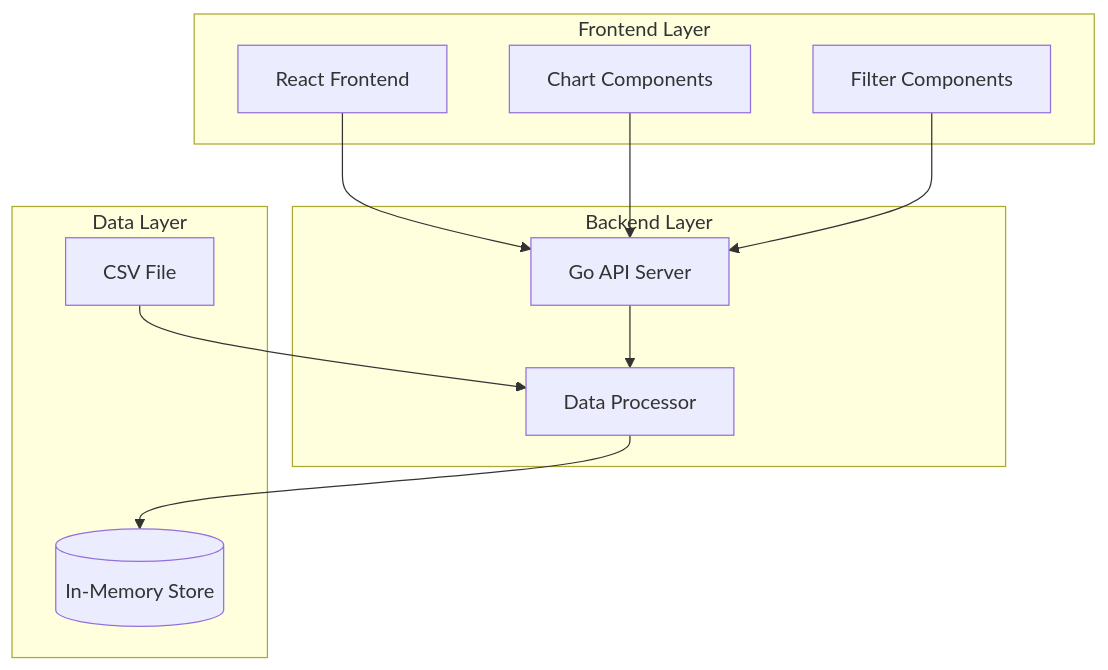
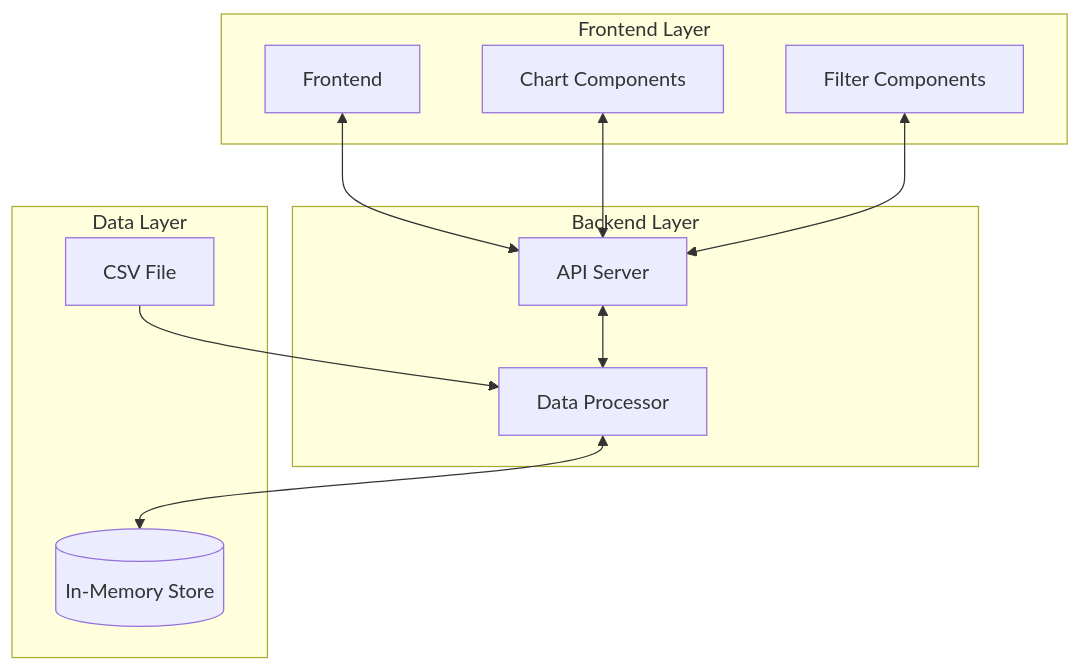
The first of 2 diagrams in docs/02_high_level_design.md (sanketmorkhade-nr/analytics-dashboard), drawn with Mermaid before and after one commit. The commit also changed other lines of this file and 20 other files, not shown here.

````diff
--- a/docs/02_high_level_design.md
+++ b/docs/02_high_level_design.md
@@ -17,25 +17,25 @@
 ```mermaid
 graph TB
     subgraph "Frontend Layer"
-        UI[React Frontend]
+        UI[Frontend]
         Charts[Chart Components]
         Filters[Filter Components]
     end
     
     subgraph "Backend Layer"
-        API[Go API Server]
+        API[API Server]
         DataProcessor[Data Processor]
     end
     
     subgraph "Data Layer"
         MemoryStore[(In-Memory Store)]
         CSVFile[CSV File]
     end
     
-    UI --> API
-    Charts --> API
-    Filters --> API
-    API --> DataProcessor
-    DataProcessor --> MemoryStore
+    UI <--> API
+    Charts <--> API
+    Filters <--> API
+    API <--> DataProcessor
+    DataProcessor <--> MemoryStore
     CSVFile --> DataProcessor
 ```
````
